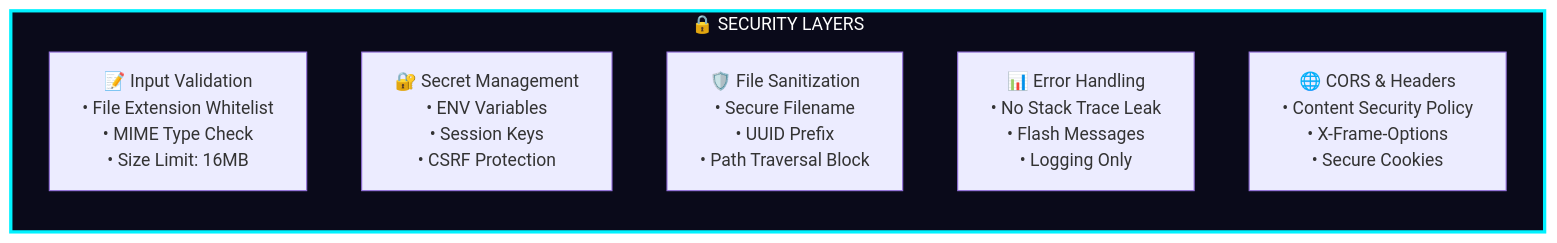
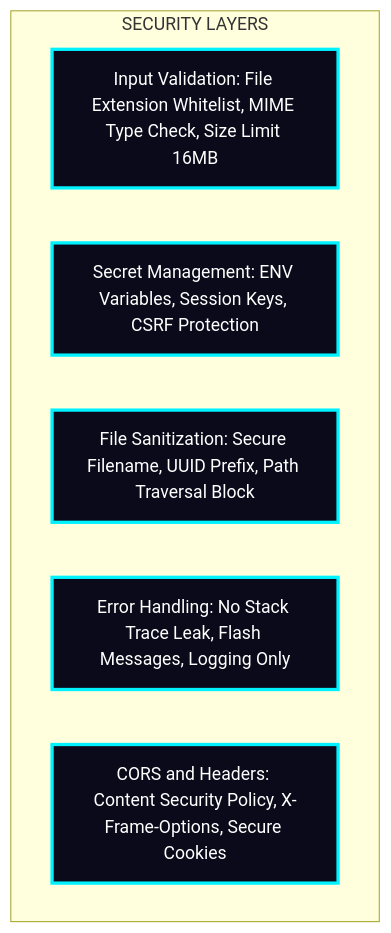
Before and after one commit to issu321/Programming-Visualization: diagram 20 of 21 in README.md, drawn with Mermaid. The commit also changed other lines of this file, not shown here.

````diff
--- a/README.md
+++ b/README.md
@@ -1557,13 +1429,13 @@
 ```mermaid
 graph TD
-    subgraph SEC["🔒 SECURITY LAYERS"]
-        direction TB
-        S1["📝 Input Validation<br/>• File Extension Whitelist<br/>• MIME Type Check<br/>• Size Limit: 16MB"]
-        S2["🔐 Secret Management<br/>• ENV Variables<br/>• Session Keys<br/>• CSRF Protection"]
-        S3["🛡️ File Sanitization<br/>• Secure Filename<br/>• UUID Prefix<br/>• Path Traversal Block"]
-        S4["📊 Error Handling<br/>• No Stack Trace Leak<br/>• Flash Messages<br/>• Logging Only"]
-        S5["🌐 CORS & Headers<br/>• Content Security Policy<br/>• X-Frame-Options<br/>• Secure Cookies"]
+    subgraph SEC["SECURITY LAYERS"]
+        S1["Input Validation: File Extension Whitelist, MIME Type Check, Size Limit 16MB"]
+        S2["Secret Management: ENV Variables, Session Keys, CSRF Protection"]
+        S3["File Sanitization: Secure Filename, UUID Prefix, Path Traversal Block"]
+        S4["Error Handling: No Stack Trace Leak, Flash Messages, Logging Only"]
+        S5["CORS and Headers: Content Security Policy, X-Frame-Options, Secure Cookies"]
     end
 
-    style SEC fill:#0a0a1a,stroke:#00f2ff,stroke-width:3px,color:#fff
+    classDef sec fill:#0a0a1a,stroke:#00f2ff,stroke-width:3px,color:#fff
+    class S1,S2,S3,S4,S5 sec
 ```
````
